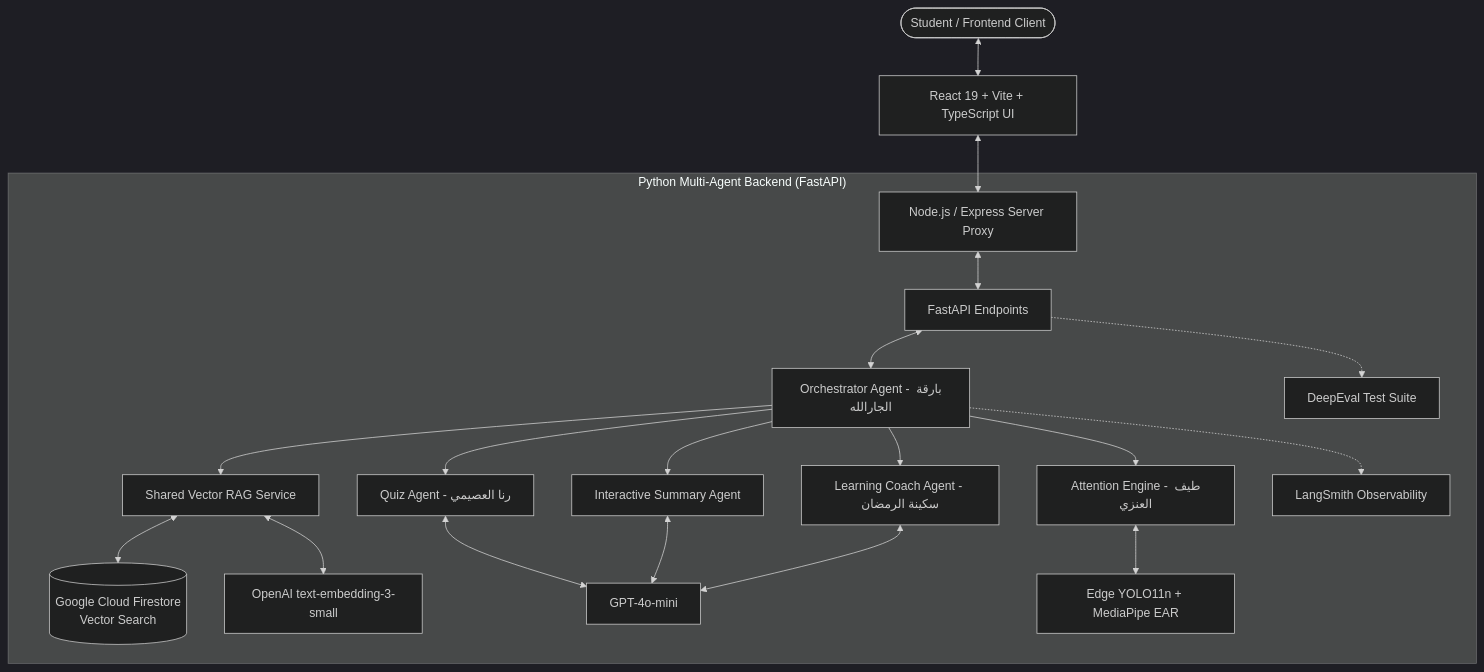
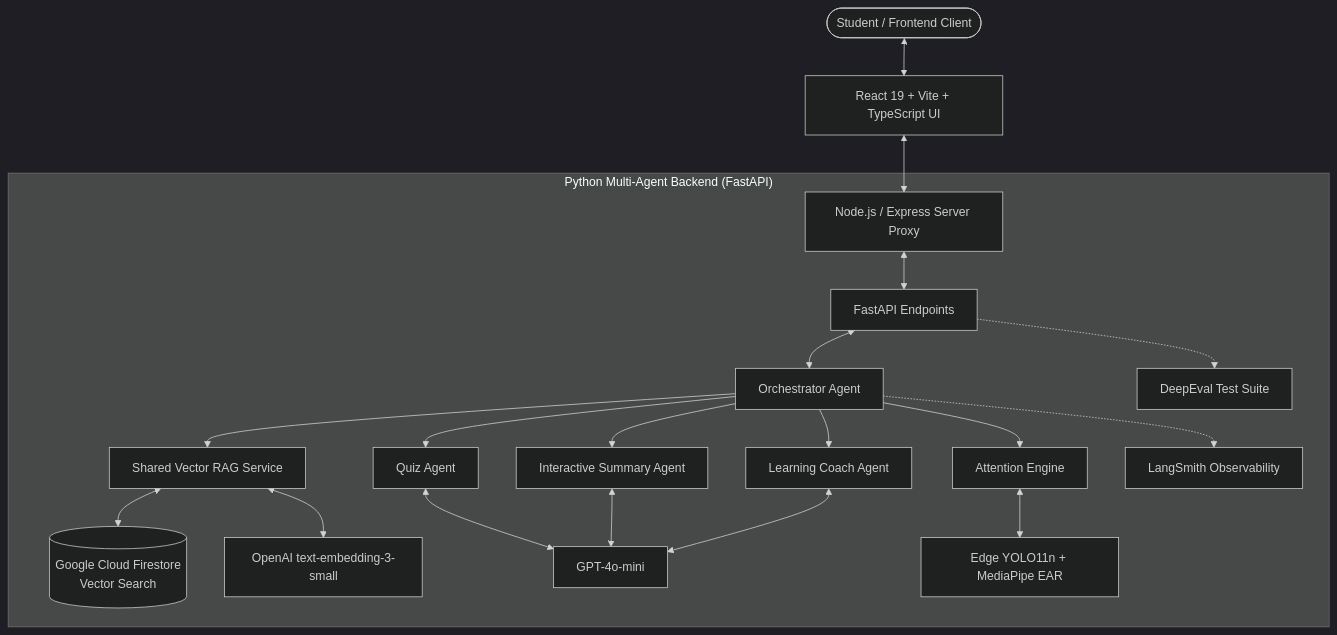
Before and after one commit to Attocus/Attocus: the first of 2 diagrams in README.md, drawn with Mermaid (dark theme). The commit also changed other lines of this file, not shown here.

````diff
--- a/README.md
+++ b/README.md
@@ -60,28 +53,28 @@
 ```mermaid
 graph TD
     User([Student / Frontend Client]) <--> UI[React 19 + Vite + TypeScript UI]
     UI <--> Express[Node.js / Express Server Proxy]
     
     subgraph "Python Multi-Agent Backend (FastAPI)"
         Express <--> API[FastAPI Endpoints]
-        API <--> Orch[Orchestrator Agent - بارقة الجارالله]
+        API <--> Orch[Orchestrator Agent]
         
         Orch --> RAG[Shared Vector RAG Service]
-        Orch --> Quiz[Quiz Agent - رنا العصيمي]
+        Orch --> Quiz[Quiz Agent]
         Orch --> Sum[Interactive Summary Agent]
-        Orch --> Coach[Learning Coach Agent - سكينة الرمضان]
-        Orch --> Vision[Attention Engine - طيف العنزي]
+        Orch --> Coach[Learning Coach Agent]
+        Orch --> Vision[Attention Engine]
         
         RAG <--> FS[(Google Cloud Firestore\nVector Search)]
         RAG <--> Embed[OpenAI text-embedding-3-small]
         
         Quiz <--> LLM[GPT-4o-mini]
         Sum <--> LLM
         Coach <--> LLM
         
         Vision <--> YOLO[Edge YOLO11n + MediaPipe EAR]
         
         Orch -.-> LS[LangSmith Observability]
         API -.-> DE[DeepEval Test Suite]
     end
 ```
````
